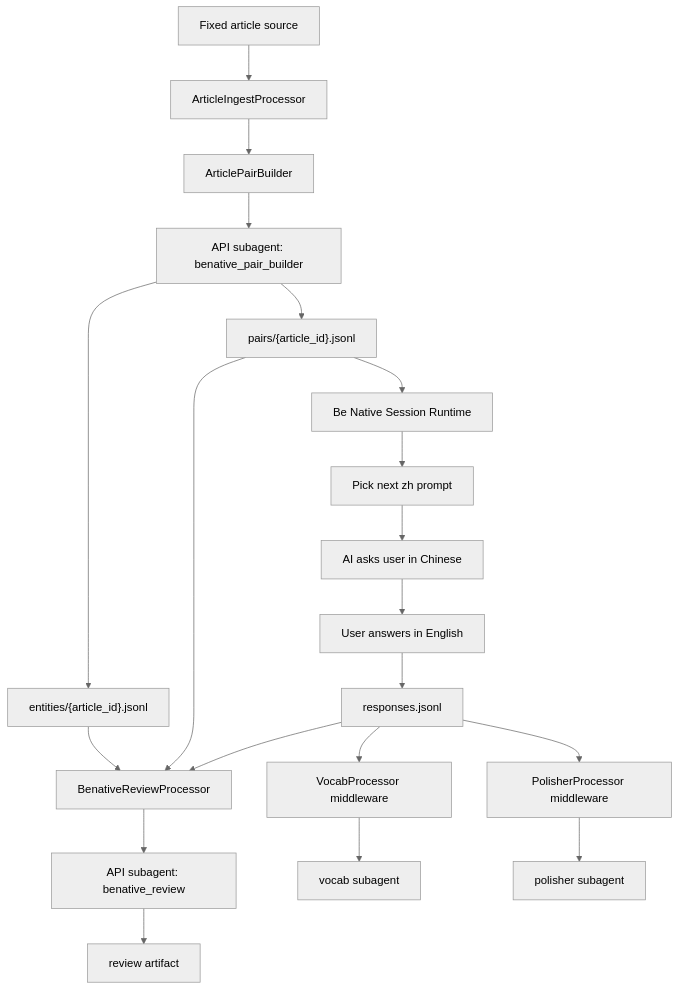
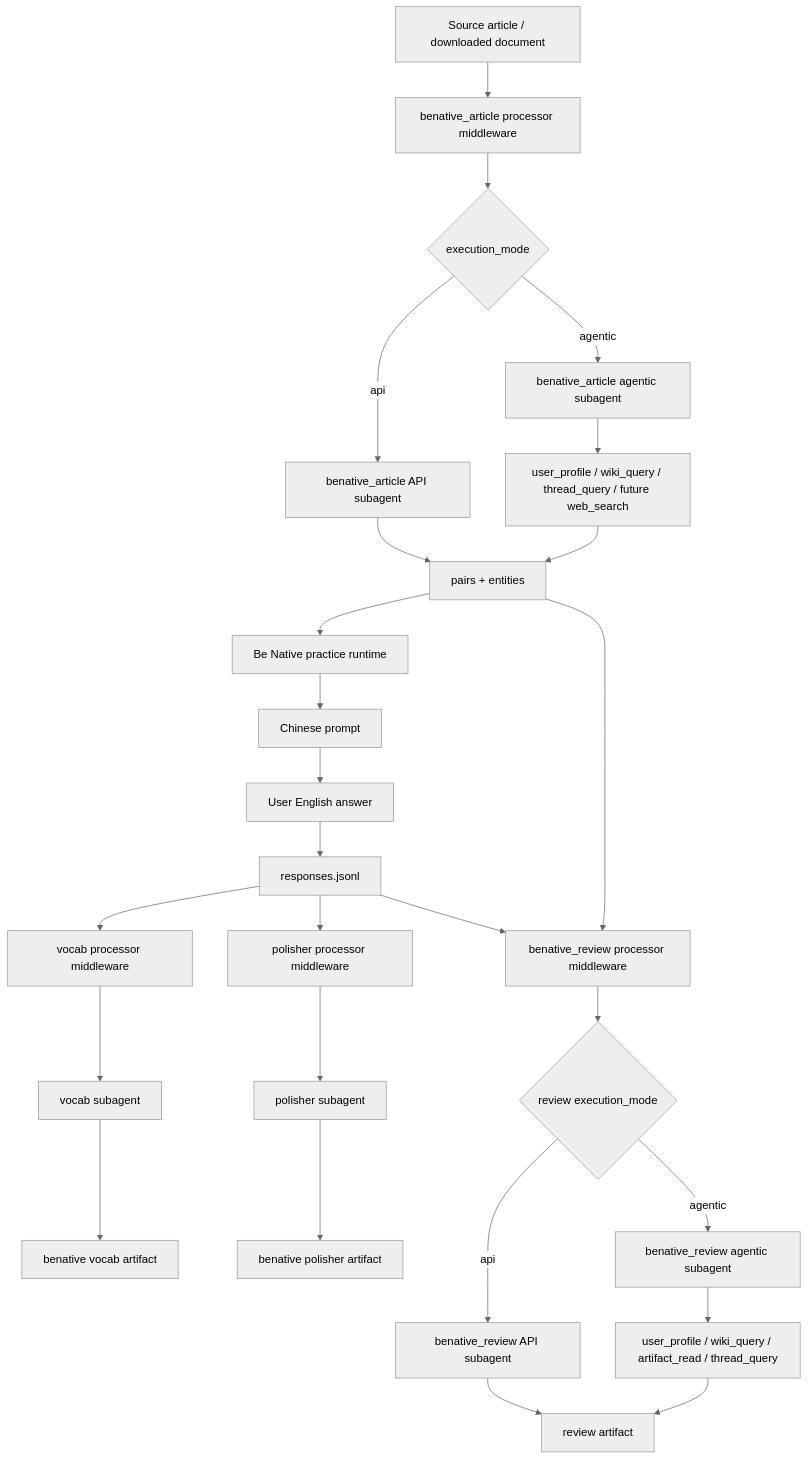
Before and after one commit to weichen0407/ielts-speaking-bot: the diagram in docs/benative-middleware-subagent-plan.md, drawn with Mermaid (neutral theme). The commit also changed other lines of this file, not shown here.

Commit message:
Clarify Be Native shared subagent plan

````diff
--- a/docs/benative-middleware-subagent-plan.md
+++ b/docs/benative-middleware-subagent-plan.md
@@ -68,25 +241,32 @@
 ```mermaid
 flowchart TD
-  A["Fixed article source"] --> B["ArticleIngestProcessor"]
-  B --> C["ArticlePairBuilder"]
-  C --> D["API subagent: benative_pair_builder"]
-  D --> E["pairs/{article_id}.jsonl"]
-  D --> F["entities/{article_id}.jsonl"]
+  A["Source article / downloaded document"] --> B["benative_article processor middleware"]
+  B --> C{"execution_mode"}
+  C -->|"api"| D["benative_article API subagent"]
+  C -->|"agentic"| E["benative_article agentic subagent"]
+  E --> F["user_profile / wiki_query / thread_query / future web_search"]
+  D --> G["pairs + entities"]
+  F --> G
 
-  E --> G["Be Native Session Runtime"]
-  G --> H["Pick next zh prompt"]
-  H --> I["AI asks user in Chinese"]
-  I --> J["User answers in English"]
+  G --> H["Be Native practice runtime"]
+  H --> I["Chinese prompt"]
+  I --> J["User English answer"]
   J --> K["responses.jsonl"]
 
-  K --> L["BenativeReviewProcessor"]
-  E --> L
-  F --> L
-  L --> M["API subagent: benative_review"]
-  M --> N["review artifact"]
+  K --> L["vocab processor middleware"]
+  L --> M["vocab subagent"]
+  M --> N["benative vocab artifact"]
 
-  K --> O["VocabProcessor middleware"]
-  O --> P["vocab subagent"]
-  K --> Q["PolisherProcessor middleware"]
-  Q --> R["polisher subagent"]
+  K --> O["polisher processor middleware"]
+  O --> P["polisher subagent"]
+  P --> Q["benative polisher artifact"]
+
+  K --> R["benative_review processor middleware"]
+  G --> R
+  R --> S{"review execution_mode"}
+  S -->|"api"| T["benative_review API subagent"]
+  S -->|"agentic"| U["benative_review agentic subagent"]
+  U --> V["user_profile / wiki_query / artifact_read / thread_query"]
+  T --> W["review artifact"]
+  V --> W
 ```
````
